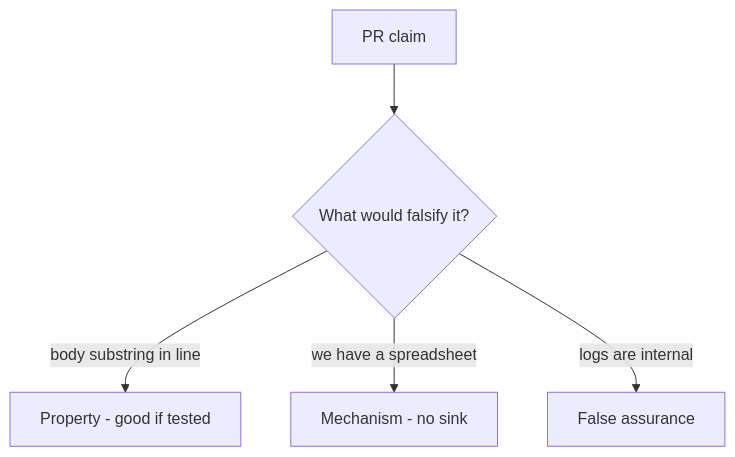
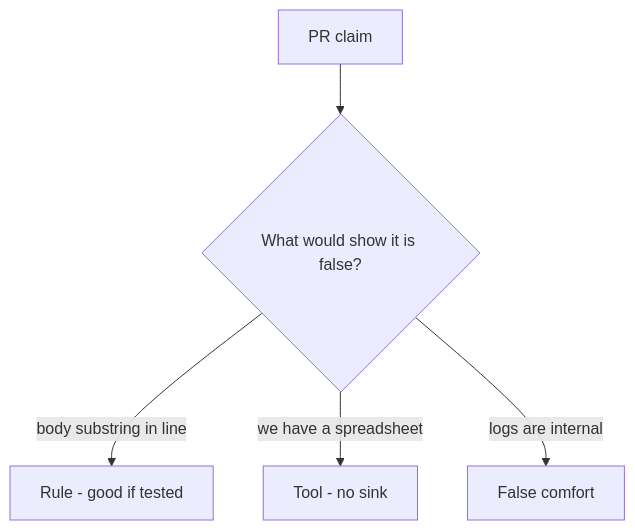
Before and after one commit to ishitvagoel/LearnSecurity: the diagram in content/modules/3/3.1/lessons/08-review.md, drawn with Mermaid. The commit also changed other lines of this file and 31 other files, not shown here.

````diff
--- a/content/modules/3/3.1/lessons/08-review.md
+++ b/content/modules/3/3.1/lessons/08-review.md
@@ -17,7 +18,7 @@
 ```mermaid
 flowchart TD
-  Claim[PR claim] --> Q{"What would falsify it?"}
-  Q -->|body substring in line| Property["Property - good if tested"]
-  Q -->|we have a spreadsheet| Mechanism[Mechanism - no sink]
-  Q -->|logs are internal| False[False assurance]
+  Claim[PR claim] --> Q{"What would show it is false?"}
+  Q -->|body substring in line| Property["Rule - good if tested"]
+  Q -->|we have a spreadsheet| Mechanism[Tool - no sink]
+  Q -->|logs are internal| False[False comfort]
 ```
````
